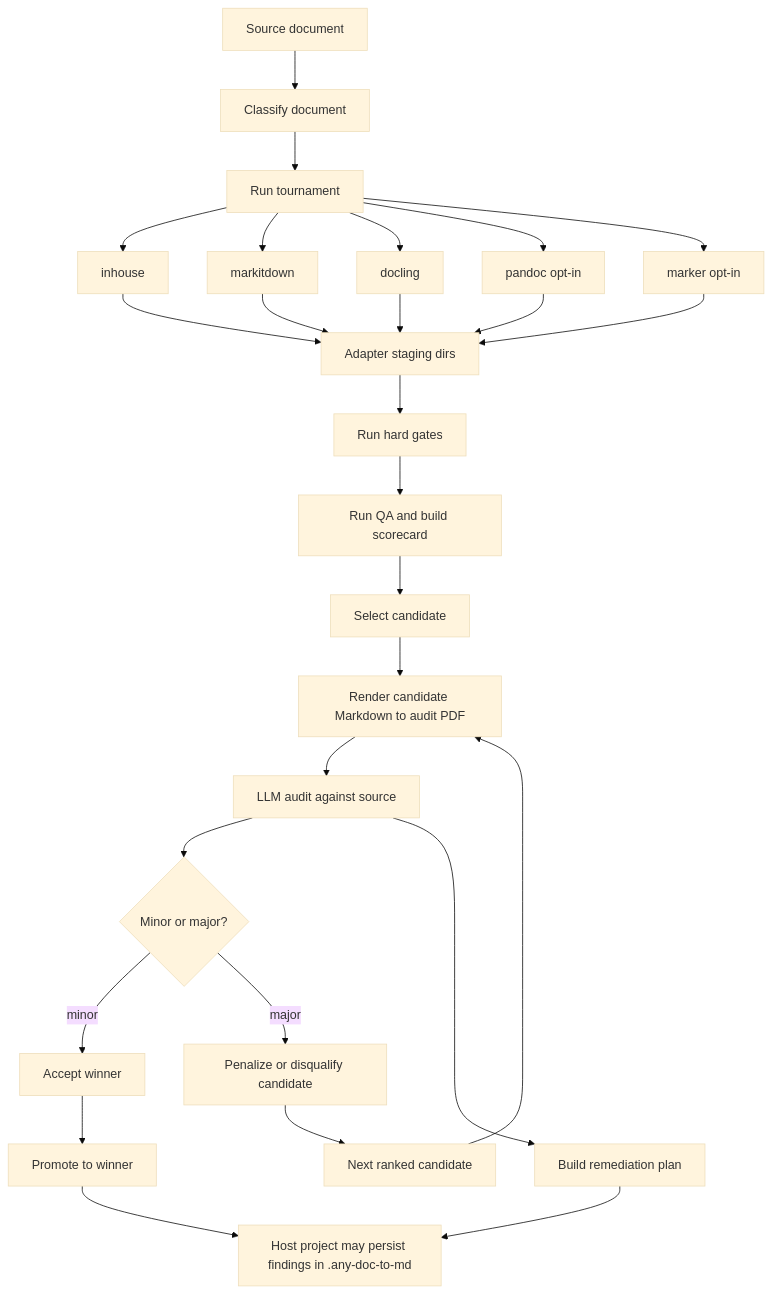
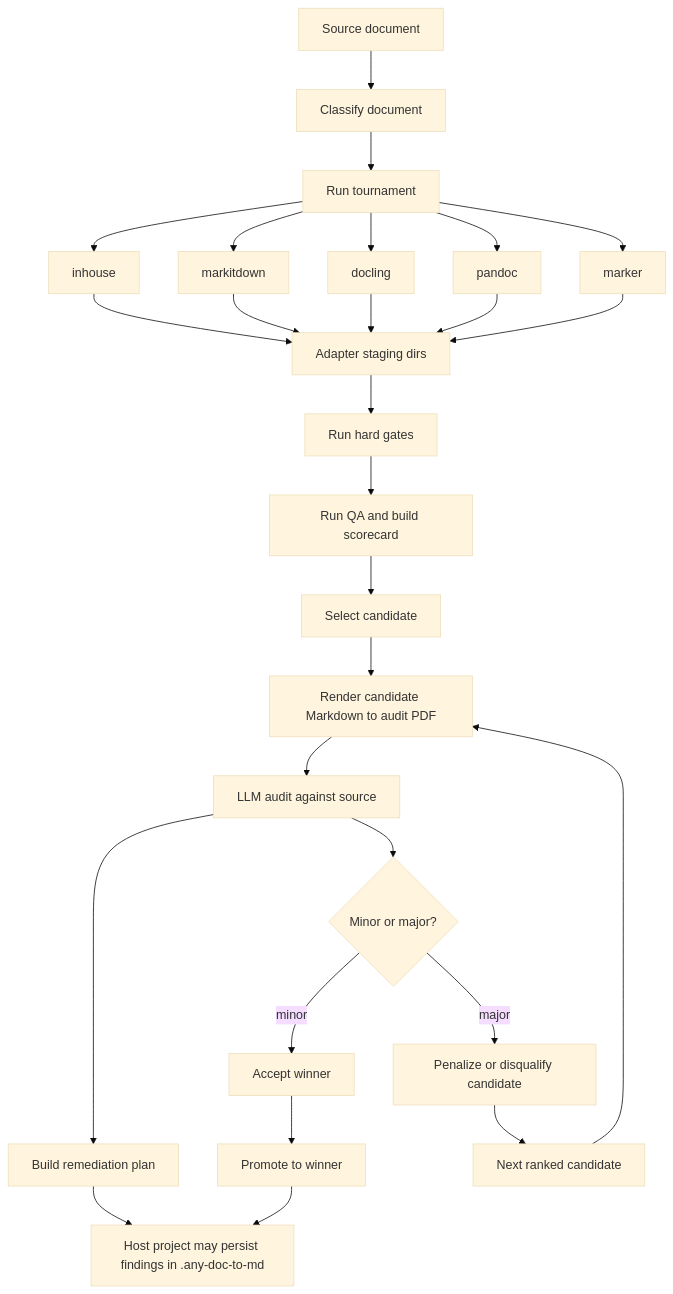
One commit to Agent-Cognitive-Enterprise/any-doc-to-md changed the diagram in README.md. Above: the diagram before and after it, drawn with Mermaid (base theme).

Commit message:
Working on diagram

````diff
--- a/README.md
+++ b/README.md
@@ -47,29 +47,29 @@
 ```mermaid
 flowchart TD
     A[Source document] --> B[Classify document]
     B --> C[Run tournament]
     C --> C1[inhouse]
     C --> C2[markitdown]
     C --> C3[docling]
-    C --> C4[pandoc opt-in]
-    C --> C5[marker opt-in]
+    C --> C4[pandoc]
+    C --> C5[marker]
     C1 --> D[Adapter staging dirs]
     C2 --> D
     C3 --> D
     C4 --> D
     C5 --> D
     D --> E[Run hard gates]
     E --> F[Run QA and build scorecard]
     F --> G[Select candidate]
     G --> H[Render candidate Markdown to audit PDF]
     H --> I[LLM audit against source]
+    I --> P[Build remediation plan]
     I --> J{Minor or major?}
     J -- minor --> K[Accept winner]
     J -- major --> L[Penalize or disqualify candidate]
     L --> M[Next ranked candidate]
     M --> H
     K --> N[Promote to winner]
     N --> O[Host project may persist findings in .any-doc-to-md]
-    I --> P[Build remediation plan]
     P --> O
 ```
````
